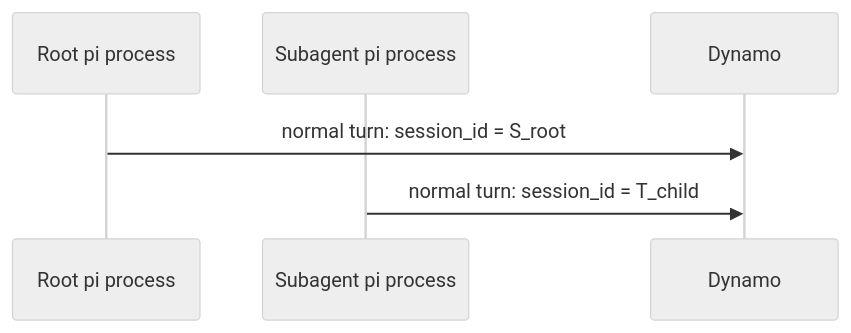
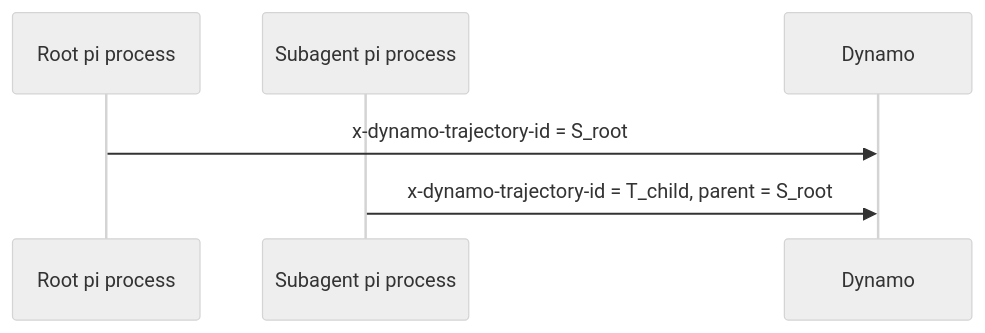
The diagram in README.md (ai-dynamo/agent-plugins), drawn with Mermaid (neutral theme) before and after one commit. The commit also changed other lines of this file and 16 other files, not shown here.

````diff
--- a/README.md
+++ b/README.md
@@ -51,8 +51,8 @@
 ```mermaid
 sequenceDiagram
     participant Root as Root pi process
     participant Child as Subagent pi process
     participant Dynamo
-    Root->>Dynamo: normal turn: session_id = S_root
-    Child->>Dynamo: normal turn: session_id = T_child
+    Root->>Dynamo: x-dynamo-trajectory-id = S_root
+    Child->>Dynamo: x-dynamo-trajectory-id = T_child, parent = S_root
 ```
````
